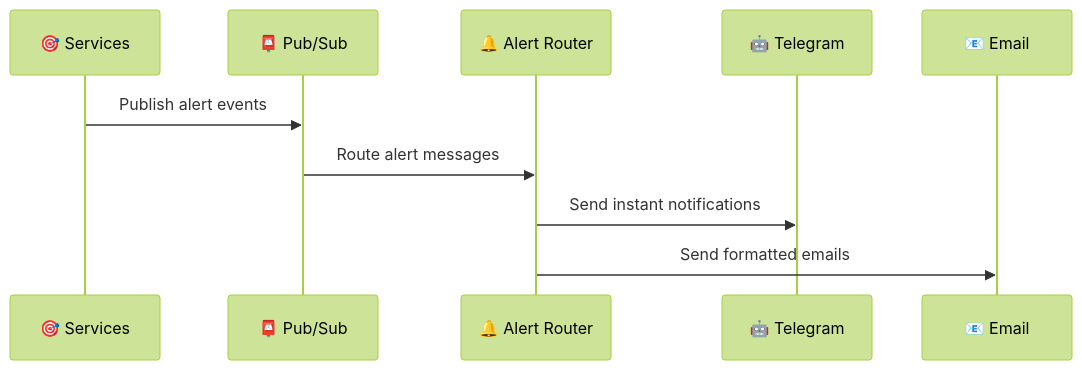
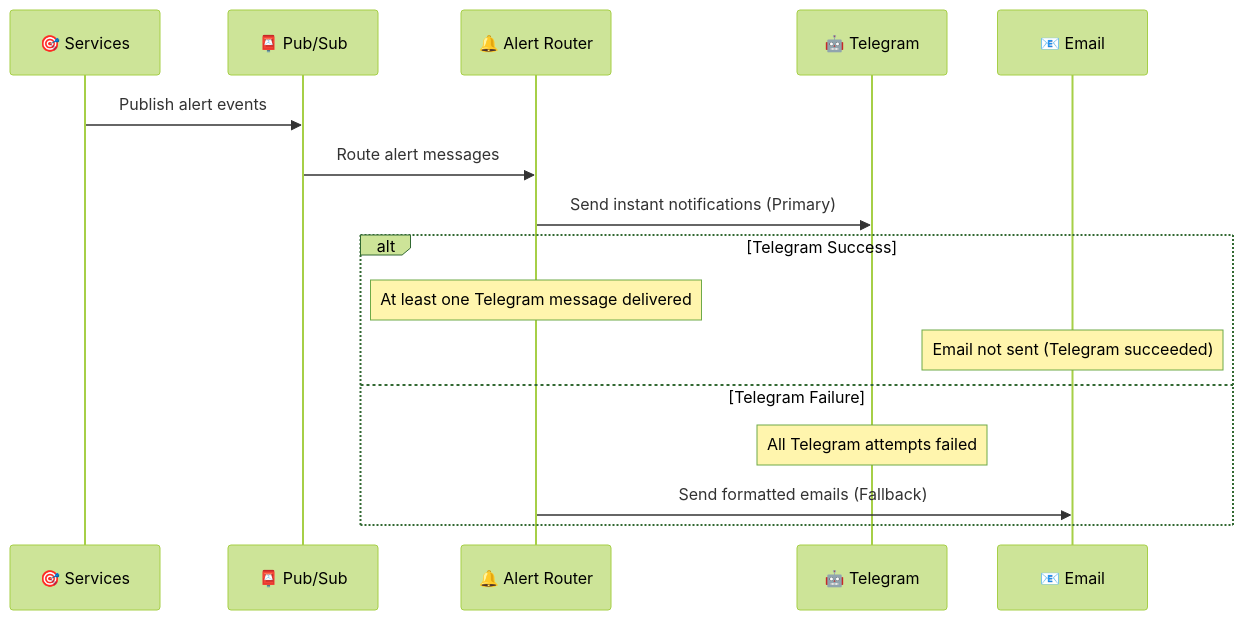
Before and after one commit to AIgen-Solutions-s-r-l/SpreadPilot: the fourth of 4 diagrams in docs/01-system-architecture.md, drawn with Mermaid (forest theme). The commit also changed other lines of this file and 3 other files, not shown here.

````diff
--- a/docs/01-system-architecture.md
+++ b/docs/01-system-architecture.md
@@ -357,13 +360,19 @@
 ```mermaid
 sequenceDiagram
     participant SRV as 🎯 Services
     participant PS as 📮 Pub/Sub
     participant AR as 🔔 Alert Router
     participant TG as 🤖 Telegram
     participant EM as 📧 Email
     
     SRV->>PS: Publish alert events
     PS->>AR: Route alert messages
-    AR->>TG: Send instant notifications
-    AR->>EM: Send formatted emails
+    AR->>TG: Send instant notifications (Primary)
+    alt Telegram Success
+        Note over AR: At least one Telegram message delivered
+        Note over EM: Email not sent (Telegram succeeded)
+    else Telegram Failure
+        Note over TG: All Telegram attempts failed
+        AR->>EM: Send formatted emails (Fallback)
+    end
 ```
````
